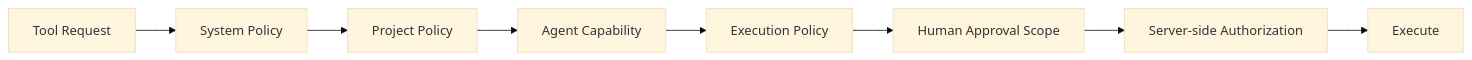
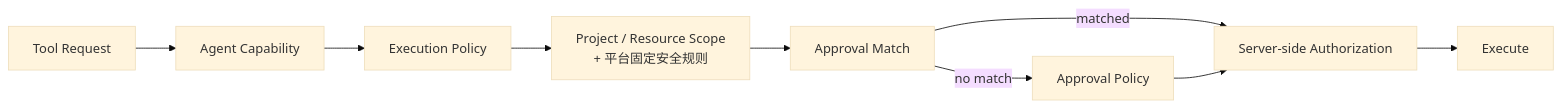
Before and after one commit to LunaDeerTech/agenteam: the second of 2 diagrams in docs/architecture/tool-system.md, drawn with Mermaid (base theme). The commit also changed other lines of this file and 17 other files, not shown here.

Commit message:
docs: refine architecture and governance design

````diff
--- a/docs/architecture/tool-system.md
+++ b/docs/architecture/tool-system.md
@@ -340,21 +364,21 @@
 ```mermaid
 flowchart LR
     Tool["Tool Request"]
 
-    SystemPolicy["System Policy"]
-    ProjectPolicy["Project Policy"]
     AgentPolicy["Agent Capability"]
     ContextPolicy["Execution Policy"]
-    Approval["Human Approval Scope"]
+    Scope["Project / Resource Scope<br/>+ 平台固定安全规则"]
+    Match["Approval Match"]
+    ApprovalPolicy["Approval Policy"]
     ServerAuth["Server-side Authorization"]
-
     Execute["Execute"]
 
-    Tool --> SystemPolicy
-    SystemPolicy --> ProjectPolicy
-    ProjectPolicy --> AgentPolicy
+    Tool --> AgentPolicy
     AgentPolicy --> ContextPolicy
-    ContextPolicy --> Approval
-    Approval --> ServerAuth
+    ContextPolicy --> Scope
+    Scope --> Match
+    Match -->|"matched"| ServerAuth
+    Match -->|"no match"| ApprovalPolicy
+    ApprovalPolicy --> ServerAuth
     ServerAuth --> Execute
 ```
````
